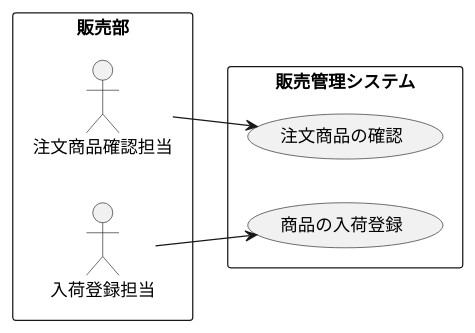
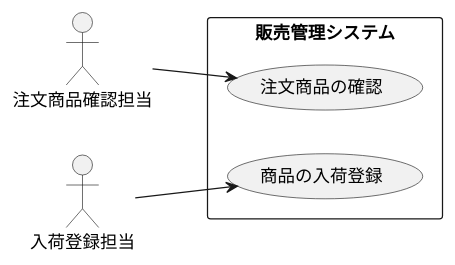
The diagram in 演習2/演習2-5_盛岡商事_販売管理システム.pu (nagayamasaki/umi-intro), drawn with PlantUML before and after one commit. The commit also changed 4 other files, not shown here.

```diff
--- a/演習2/演習2-5_盛岡商事_販売管理システム.pu
+++ b/演習2/演習2-5_盛岡商事_販売管理システム.pu
@@ -1,16 +1,15 @@
 @startuml ユースケース図
 left to right direction
 ' actor 販売部
-rectangle 販売部{
 actor 注文商品確認担当
 actor 入荷登録担当
-}
+
 rectangle 販売管理システム{
  usecase 注文商品の確認
  usecase 商品の入荷登録
 }
 
 注文商品確認担当 --> 注文商品の確認
 入荷登録担当 --> 商品の入荷登録
 
 @enduml
```
